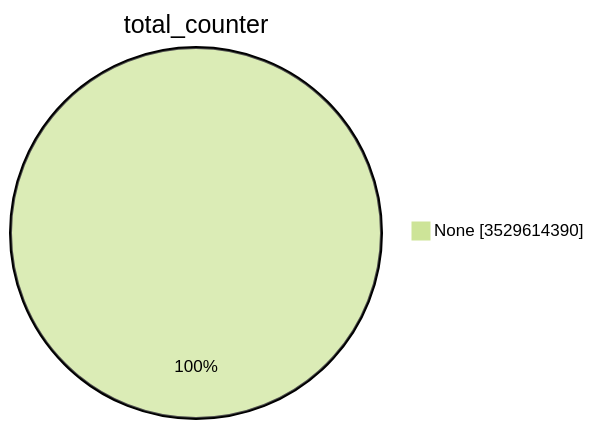
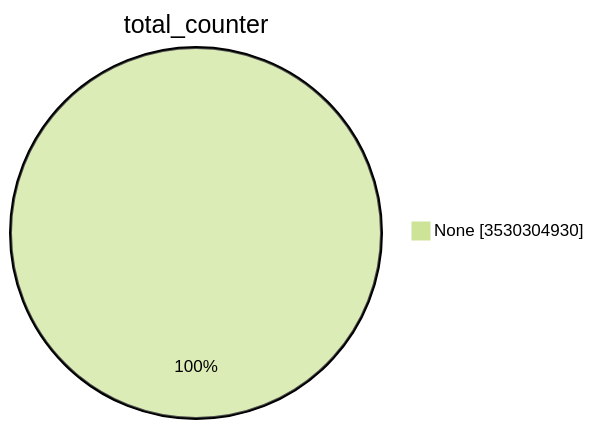
The first of 15 diagrams in TOTAL/README.md (christiankrug/ctmonitor_visualization), drawn with Mermaid (forest theme) before and after one commit. The commit also changed other lines of this file, not shown here.

````diff
--- a/TOTAL/README.md
+++ b/TOTAL/README.md
@@ -1,5 +1,5 @@
 ```mermaid
 pie showData
 title total_counter
-"None" :3529614390
+"None" :3530304930
 ```
````
